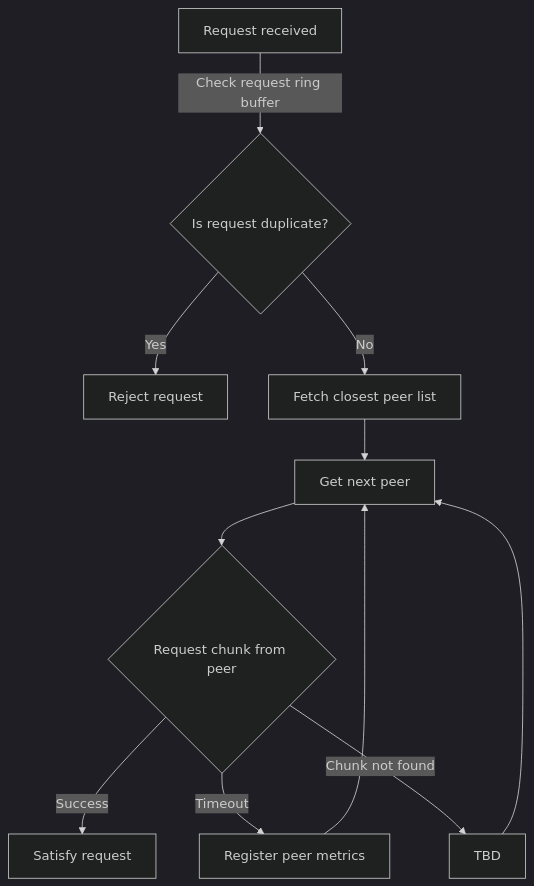
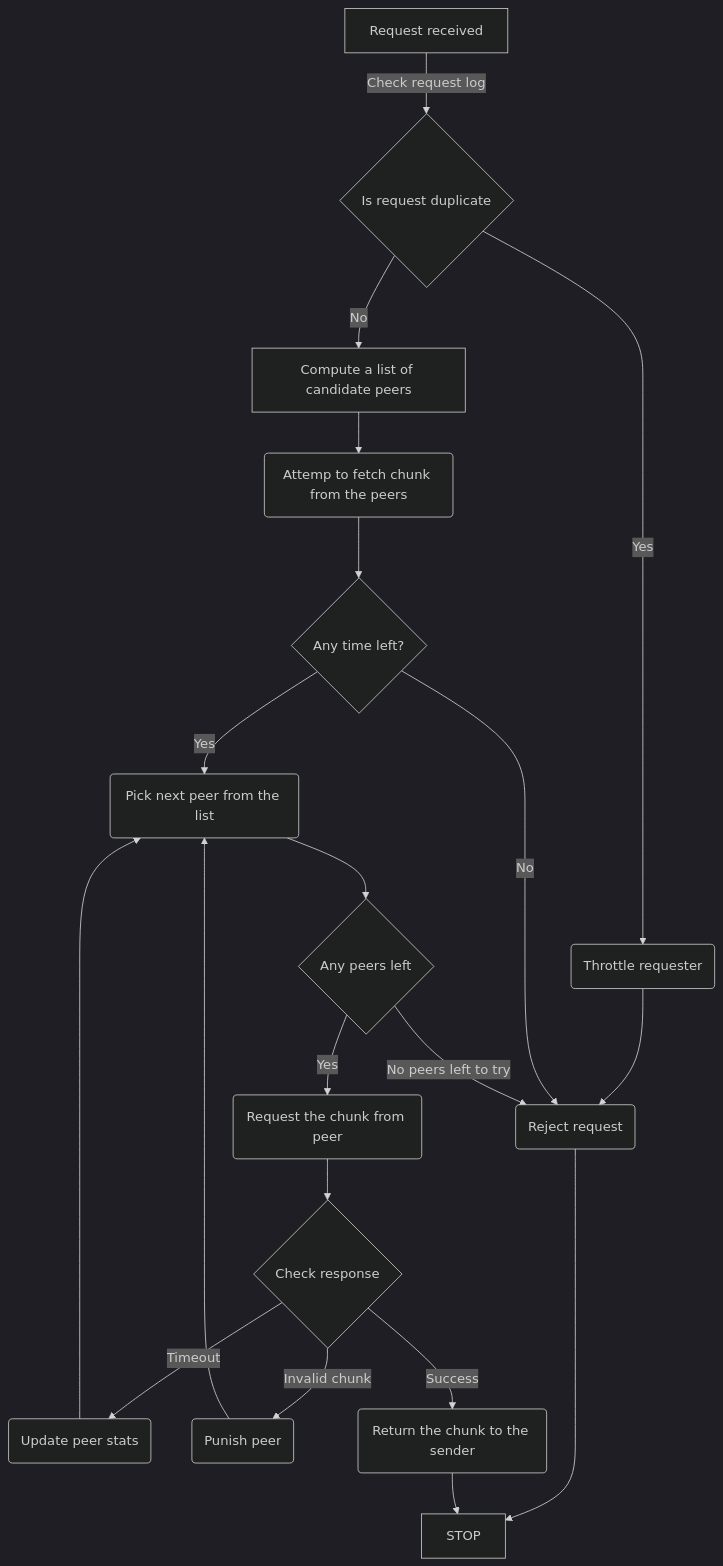
Before and after one commit to ethersphere/bee-docs: the second of 2 diagrams in docs/bee-developers/advanced.md, drawn with Mermaid (dark theme). The commit also changed other lines of this file, not shown here.

````diff
--- a/docs/bee-developers/advanced.md
+++ b/docs/bee-developers/advanced.md
@@ -124,11 +112,15 @@
 ```mermaid
 flowchart TD
-    A[Request received] -->|Check request ring buffer| C{Is request duplicate?}
-    C -->|Yes| Z[Reject request]
-    C -->|No| D[Fetch closest peer list]
-    D --> E[Get next peer]
-    E --> F{Request chunk from peer}
-    F --> |Success| W[Satisfy request]
-    F --> |Timeout| H[Register peer metrics] --> E
-    F --> |Chunk not found| G[TBD] --> E
+    A[Request received] -->|Check request log| B{Is request duplicate}
+    B -->|Yes| Z(Throttle requester) --> I
+    B -->|No| D[Compute a list of candidate peers] --> G(Attemp to fetch chunk from the peers)
+    G --> H{Any time left?}
+    H --> |No| I(Reject request) --> S[STOP]
+    H --> |Yes| J(Pick next peer from the list)
+    J --> M{Any peers left}
+    M --> |Yes| N(Request the chunk from peer) --> K{Check response}
+    M --> |No peers left to try| I
+    K --> |Timeout| L(Update peer stats) --> J
+    K --> |Invalid chunk| N1(Punish peer) --> J
+    K --> |Success| R(Return the chunk to the sender) --> S
 ```
````
